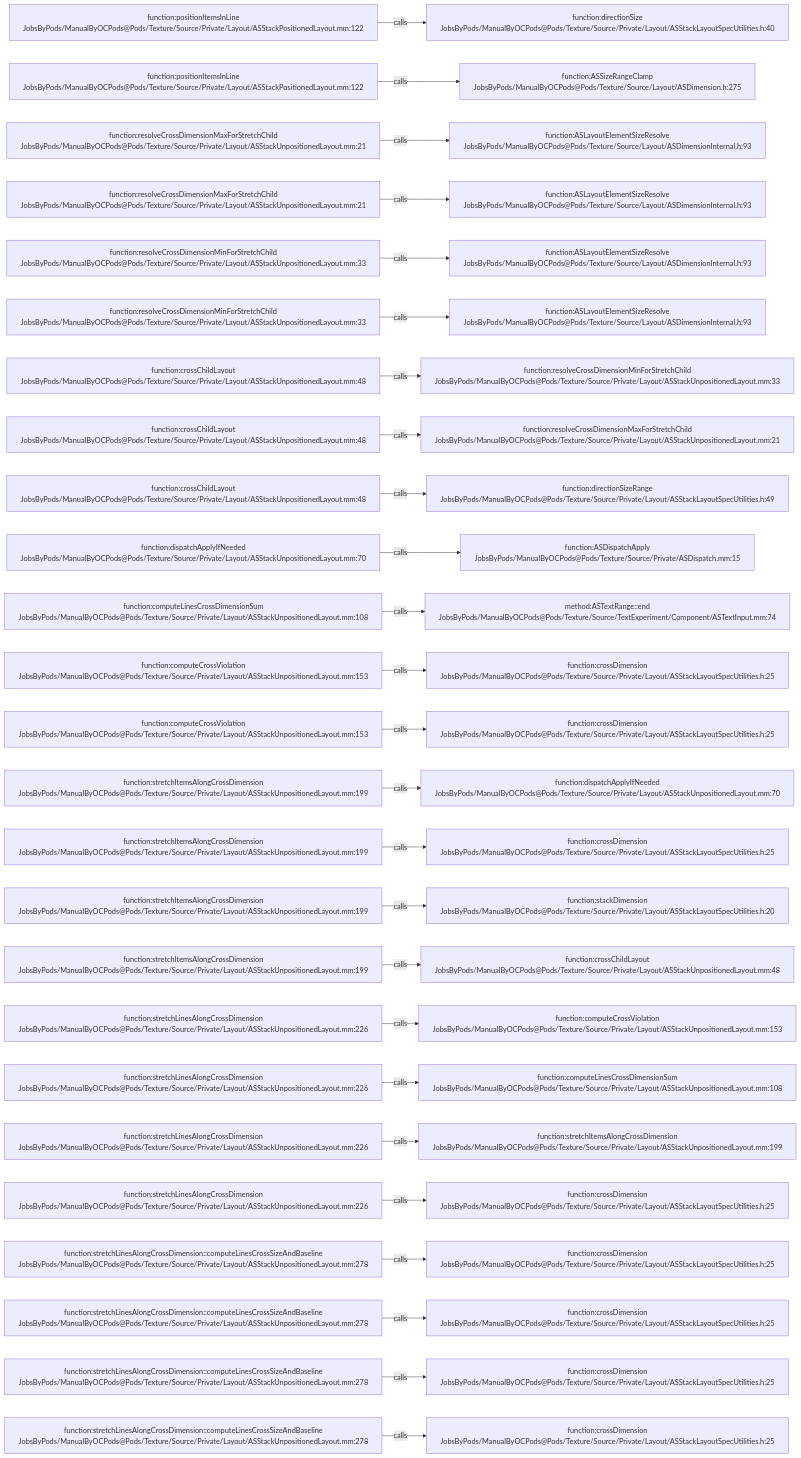
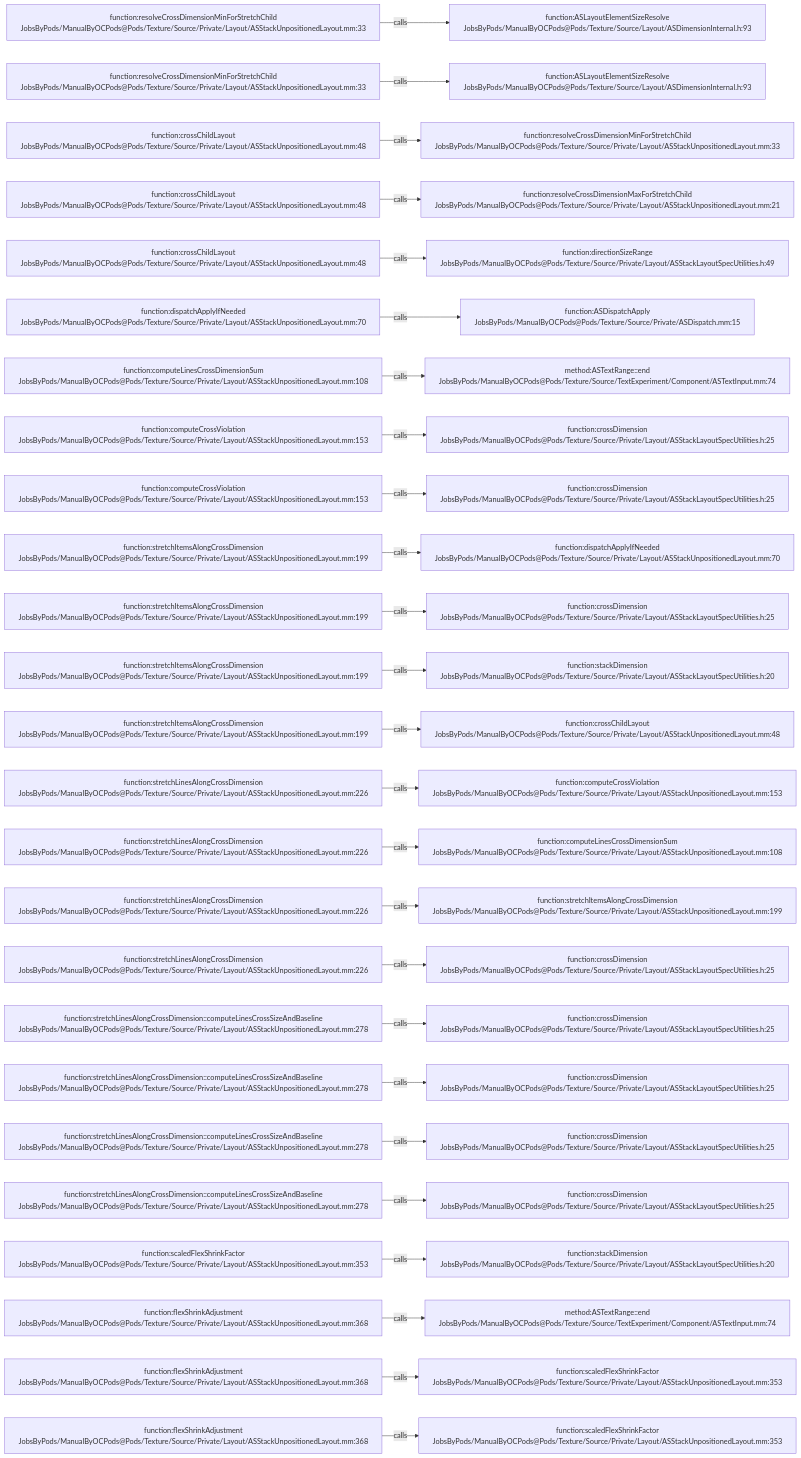
Before and after one commit to JobsKits/JobsOCBaseConfigDemo: the diagram in .codegraph/codegraph.md/graphs/calls-192.md, drawn with Mermaid. The commit also changed 727 other files, not shown here.

````diff
--- a/.codegraph/codegraph.md/graphs/calls-192.md
+++ b/.codegraph/codegraph.md/graphs/calls-192.md
@@ -13,78 +13,78 @@
 ```mermaid
 flowchart LR
-  S1["function:positionItemsInLine<br/>JobsByPods/ManualByOCPods@Pods/Texture/Source/Private/Layout/ASStackPositionedLayout.mm:122"]
-  T1["function:directionSize<br/>JobsByPods/ManualByOCPods@Pods/Texture/Source/Private/Layout/ASStackLayoutSpecUtilities.h:40"]
+  S1["function:resolveCrossDimensionMinForStretchChild<br/>JobsByPods/ManualByOCPods@Pods/Texture/Source/Private/Layout/ASStackUnpositionedLayout.mm:33"]
+  T1["function:ASLayoutElementSizeResolve<br/>JobsByPods/ManualByOCPods@Pods/Texture/Source/Layout/ASDimensionInternal.h:93"]
   S1 -->|calls| T1
-  S2["function:positionItemsInLine<br/>JobsByPods/ManualByOCPods@Pods/Texture/Source/Private/Layout/ASStackPositionedLayout.mm:122"]
-  T2["function:ASSizeRangeClamp<br/>JobsByPods/ManualByOCPods@Pods/Texture/Source/Layout/ASDimension.h:275"]
+  S2["function:resolveCrossDimensionMinForStretchChild<br/>JobsByPods/ManualByOCPods@Pods/Texture/Source/Private/Layout/ASStackUnpositionedLayout.mm:33"]
+  T2["function:ASLayoutElementSizeResolve<br/>JobsByPods/ManualByOCPods@Pods/Texture/Source/Layout/ASDimensionInternal.h:93"]
   S2 -->|calls| T2
-  S3["function:resolveCrossDimensionMaxForStretchChild<br/>JobsByPods/ManualByOCPods@Pods/Texture/Source/Private/Layout/ASStackUnpositionedLayout.mm:21"]
-  T3["function:ASLayoutElementSizeResolve<br/>JobsByPods/ManualByOCPods@Pods/Texture/Source/Layout/ASDimensionInternal.h:93"]
+  S3["function:crossChildLayout<br/>JobsByPods/ManualByOCPods@Pods/Texture/Source/Private/Layout/ASStackUnpositionedLayout.mm:48"]
+  T3["function:resolveCrossDimensionMinForStretchChild<br/>JobsByPods/ManualByOCPods@Pods/Texture/Source/Private/Layout/ASStackUnpositionedLayout.mm:33"]
   S3 -->|calls| T3
-  S4["function:resolveCrossDimensionMaxForStretchChild<br/>JobsByPods/ManualByOCPods@Pods/Texture/Source/Private/Layout/ASStackUnpositionedLayout.mm:21"]
-  T4["function:ASLayoutElementSizeResolve<br/>JobsByPods/ManualByOCPods@Pods/Texture/Source/Layout/ASDimensionInternal.h:93"]
+  S4["function:crossChildLayout<br/>JobsByPods/ManualByOCPods@Pods/Texture/Source/Private/Layout/ASStackUnpositionedLayout.mm:48"]
+  T4["function:resolveCrossDimensionMaxForStretchChild<br/>JobsByPods/ManualByOCPods@Pods/Texture/Source/Private/Layout/ASStackUnpositionedLayout.mm:21"]
   S4 -->|calls| T4
-  S5["function:resolveCrossDimensionMinForStretchChild<br/>JobsByPods/ManualByOCPods@Pods/Texture/Source/Private/Layout/ASStackUnpositionedLayout.mm:33"]
-  T5["function:ASLayoutElementSizeResolve<br/>JobsByPods/ManualByOCPods@Pods/Texture/Source/Layout/ASDimensionInternal.h:93"]
+  S5["function:crossChildLayout<br/>JobsByPods/ManualByOCPods@Pods/Texture/Source/Private/Layout/ASStackUnpositionedLayout.mm:48"]
+  T5["function:directionSizeRange<br/>JobsByPods/ManualByOCPods@Pods/Texture/Source/Private/Layout/ASStackLayoutSpecUtilities.h:49"]
   S5 -->|calls| T5
-  S6["function:resolveCrossDimensionMinForStretchChild<br/>JobsByPods/ManualByOCPods@Pods/Texture/Source/Private/Layout/ASStackUnpositionedLayout.mm:33"]
-  T6["function:ASLayoutElementSizeResolve<br/>JobsByPods/ManualByOCPods@Pods/Texture/Source/Layout/ASDimensionInternal.h:93"]
+  S6["function:dispatchApplyIfNeeded<br/>JobsByPods/ManualByOCPods@Pods/Texture/Source/Private/Layout/ASStackUnpositionedLayout.mm:70"]
+  T6["function:ASDispatchApply<br/>JobsByPods/ManualByOCPods@Pods/Texture/Source/Private/ASDispatch.mm:15"]
   S6 -->|calls| T6
-  S7["function:crossChildLayout<br/>JobsByPods/ManualByOCPods@Pods/Texture/Source/Private/Layout/ASStackUnpositionedLayout.mm:48"]
-  T7["function:resolveCrossDimensionMinForStretchChild<br/>JobsByPods/ManualByOCPods@Pods/Texture/Source/Private/Layout/ASStackUnpositionedLayout.mm:33"]
+  S7["function:computeLinesCrossDimensionSum<br/>JobsByPods/ManualByOCPods@Pods/Texture/Source/Private/Layout/ASStackUnpositionedLayout.mm:108"]
+  T7["method:ASTextRange::end<br/>JobsByPods/ManualByOCPods@Pods/Texture/Source/TextExperiment/Component/ASTextInput.mm:74"]
   S7 -->|calls| T7
-  S8["function:crossChildLayout<br/>JobsByPods/ManualByOCPods@Pods/Texture/Source/Private/Layout/ASStackUnpositionedLayout.mm:48"]
-  T8["function:resolveCrossDimensionMaxForStretchChild<br/>JobsByPods/ManualByOCPods@Pods/Texture/Source/Private/Layout/ASStackUnpositionedLayout.mm:21"]
+  S8["function:computeCrossViolation<br/>JobsByPods/ManualByOCPods@Pods/Texture/Source/Private/Layout/ASStackUnpositionedLayout.mm:153"]
+  T8["function:crossDimension<br/>JobsByPods/ManualByOCPods@Pods/Texture/Source/Private/Layout/ASStackLayoutSpecUtilities.h:25"]
   S8 -->|calls| T8
-  S9["function:crossChildLayout<br/>JobsByPods/ManualByOCPods@Pods/Texture/Source/Private/Layout/ASStackUnpositionedLayout.mm:48"]
-  T9["function:directionSizeRange<br/>JobsByPods/ManualByOCPods@Pods/Texture/Source/Private/Layout/ASStackLayoutSpecUtilities.h:49"]
+  S9["function:computeCrossViolation<br/>JobsByPods/ManualByOCPods@Pods/Texture/Source/Private/Layout/ASStackUnpositionedLayout.mm:153"]
+  T9["function:crossDimension<br/>JobsByPods/ManualByOCPods@Pods/Texture/Source/Private/Layout/ASStackLayoutSpecUtilities.h:25"]
   S9 -->|calls| T9
-  S10["function:dispatchApplyIfNeeded<br/>JobsByPods/ManualByOCPods@Pods/Texture/Source/Private/Layout/ASStackUnpositionedLayout.mm:70"]
-  T10["function:ASDispatchApply<br/>JobsByPods/ManualByOCPods@Pods/Texture/Source/Private/ASDispatch.mm:15"]
+  S10["function:stretchItemsAlongCrossDimension<br/>JobsByPods/ManualByOCPods@Pods/Texture/Source/Private/Layout/ASStackUnpositionedLayout.mm:199"]
+  T10["function:dispatchApplyIfNeeded<br/>JobsByPods/ManualByOCPods@Pods/Texture/Source/Private/Layout/ASStackUnpositionedLayout.mm:70"]
   S10 -->|calls| T10
-  S11["function:computeLinesCrossDimensionSum<br/>JobsByPods/ManualByOCPods@Pods/Texture/Source/Private/Layout/ASStackUnpositionedLayout.mm:108"]
-  T11["method:ASTextRange::end<br/>JobsByPods/ManualByOCPods@Pods/Texture/Source/TextExperiment/Component/ASTextInput.mm:74"]
+  S11["function:stretchItemsAlongCrossDimension<br/>JobsByPods/ManualByOCPods@Pods/Texture/Source/Private/Layout/ASStackUnpositionedLayout.mm:199"]
+  T11["function:crossDimension<br/>JobsByPods/ManualByOCPods@Pods/Texture/Source/Private/Layout/ASStackLayoutSpecUtilities.h:25"]
   S11 -->|calls| T11
-  S12["function:computeCrossViolation<br/>JobsByPods/ManualByOCPods@Pods/Texture/Source/Private/Layout/ASStackUnpositionedLayout.mm:153"]
-  T12["function:crossDimension<br/>JobsByPods/ManualByOCPods@Pods/Texture/Source/Private/Layout/ASStackLayoutSpecUtilities.h:25"]
+  S12["function:stretchItemsAlongCrossDimension<br/>JobsByPods/ManualByOCPods@Pods/Texture/Source/Private/Layout/ASStackUnpositionedLayout.mm:199"]
+  T12["function:stackDimension<br/>JobsByPods/ManualByOCPods@Pods/Texture/Source/Private/Layout/ASStackLayoutSpecUtilities.h:20"]
   S12 -->|calls| T12
-  S13["function:computeCrossViolation<br/>JobsByPods/ManualByOCPods@Pods/Texture/Source/Private/Layout/ASStackUnpositionedLayout.mm:153"]
-  T13["function:crossDimension<br/>JobsByPods/ManualByOCPods@Pods/Texture/Source/Private/Layout/ASStackLayoutSpecUtilities.h:25"]
+  S13["function:stretchItemsAlongCrossDimension<br/>JobsByPods/ManualByOCPods@Pods/Texture/Source/Private/Layout/ASStackUnpositionedLayout.mm:199"]
+  T13["function:crossChildLayout<br/>JobsByPods/ManualByOCPods@Pods/Texture/Source/Private/Layout/ASStackUnpositionedLayout.mm:48"]
   S13 -->|calls| T13
-  S14["function:stretchItemsAlongCrossDimension<br/>JobsByPods/ManualByOCPods@Pods/Texture/Source/Private/Layout/ASStackUnpositionedLayout.mm:199"]
-  T14["function:dispatchApplyIfNeeded<br/>JobsByPods/ManualByOCPods@Pods/Texture/Source/Private/Layout/ASStackUnpositionedLayout.mm:70"]
+  S14["function:stretchLinesAlongCrossDimension<br/>JobsByPods/ManualByOCPods@Pods/Texture/Source/Private/Layout/ASStackUnpositionedLayout.mm:226"]
+  T14["function:computeCrossViolation<br/>JobsByPods/ManualByOCPods@Pods/Texture/Source/Private/Layout/ASStackUnpositionedLayout.mm:153"]
   S14 -->|calls| T14
-  S15["function:stretchItemsAlongCrossDimension<br/>JobsByPods/ManualByOCPods@Pods/Texture/Source/Private/Layout/ASStackUnpositionedLayout.mm:199"]
-  T15["function:crossDimension<br/>JobsByPods/ManualByOCPods@Pods/Texture/Source/Private/Layout/ASStackLayoutSpecUtilities.h:25"]
+  S15["function:stretchLinesAlongCrossDimension<br/>JobsByPods/ManualByOCPods@Pods/Texture/Source/Private/Layout/ASStackUnpositionedLayout.mm:226"]
+  T15["function:computeLinesCrossDimensionSum<br/>JobsByPods/ManualByOCPods@Pods/Texture/Source/Private/Layout/ASStackUnpositionedLayout.mm:108"]
   S15 -->|calls| T15
-  S16["function:stretchItemsAlongCrossDimension<br/>JobsByPods/ManualByOCPods@Pods/Texture/Source/Private/Layout/ASStackUnpositionedLayout.mm:199"]
-  T16["function:stackDimension<br/>JobsByPods/ManualByOCPods@Pods/Texture/Source/Private/Layout/ASStackLayoutSpecUtilities.h:20"]
+  S16["function:stretchLinesAlongCrossDimension<br/>JobsByPods/ManualByOCPods@Pods/Texture/Source/Private/Layout/ASStackUnpositionedLayout.mm:226"]
+  T16["function:stretchItemsAlongCrossDimension<br/>JobsByPods/ManualByOCPods@Pods/Texture/Source/Private/Layout/ASStackUnpositionedLayout.mm:199"]
   S16 -->|calls| T16
-  S17["function:stretchItemsAlongCrossDimension<br/>JobsByPods/ManualByOCPods@Pods/Texture/Source/Private/Layout/ASStackUnpositionedLayout.mm:199"]
-  T17["function:crossChildLayout<br/>JobsByPods/ManualByOCPods@Pods/Texture/Source/Private/Layout/ASStackUnpositionedLayout.mm:48"]
+  S17["function:stretchLinesAlongCrossDimension<br/>JobsByPods/ManualByOCPods@Pods/Texture/Source/Private/Layout/ASStackUnpositionedLayout.mm:226"]
+  T17["function:crossDimension<br/>JobsByPods/ManualByOCPods@Pods/Texture/Source/Private/Layout/ASStackLayoutSpecUtilities.h:25"]
   S17 -->|calls| T17
-  S18["function:stretchLinesAlongCrossDimension<br/>JobsByPods/ManualByOCPods@Pods/Texture/Source/Private/Layout/ASStackUnpositionedLayout.mm:226"]
-  T18["function:computeCrossViolation<br/>JobsByPods/ManualByOCPods@Pods/Texture/Source/Private/Layout/ASStackUnpositionedLayout.mm:153"]
+  S18["function:stretchLinesAlongCrossDimension::computeLinesCrossSizeAndBaseline<br/>JobsByPods/ManualByOCPods@Pods/Texture/Source/Private/Layout/ASStackUnpositionedLayout.mm:278"]
+  T18["function:crossDimension<br/>JobsByPods/ManualByOCPods@Pods/Texture/Source/Private/Layout/ASStackLayoutSpecUtilities.h:25"]
   S18 -->|calls| T18
-  S19["function:stretchLinesAlongCrossDimension<br/>JobsByPods/ManualByOCPods@Pods/Texture/Source/Private/Layout/ASStackUnpositionedLayout.mm:226"]
-  T19["function:computeLinesCrossDimensionSum<br/>JobsByPods/ManualByOCPods@Pods/Texture/Source/Private/Layout/ASStackUnpositionedLayout.mm:108"]
+  S19["function:stretchLinesAlongCrossDimension::computeLinesCrossSizeAndBaseline<br/>JobsByPods/ManualByOCPods@Pods/Texture/Source/Private/Layout/ASStackUnpositionedLayout.mm:278"]
+  T19["function:crossDimension<br/>JobsByPods/ManualByOCPods@Pods/Texture/Source/Private/Layout/ASStackLayoutSpecUtilities.h:25"]
   S19 -->|calls| T19
-  S20["function:stretchLinesAlongCrossDimension<br/>JobsByPods/ManualByOCPods@Pods/Texture/Source/Private/Layout/ASStackUnpositionedLayout.mm:226"]
-  T20["function:stretchItemsAlongCrossDimension<br/>JobsByPods/ManualByOCPods@Pods/Texture/Source/Private/Layout/ASStackUnpositionedLayout.mm:199"]
+  S20["function:stretchLinesAlongCrossDimension::computeLinesCrossSizeAndBaseline<br/>JobsByPods/ManualByOCPods@Pods/Texture/Source/Private/Layout/ASStackUnpositionedLayout.mm:278"]
+  T20["function:crossDimension<br/>JobsByPods/ManualByOCPods@Pods/Texture/Source/Private/Layout/ASStackLayoutSpecUtilities.h:25"]
   S20 -->|calls| T20
-  S21["function:stretchLinesAlongCrossDimension<br/>JobsByPods/ManualByOCPods@Pods/Texture/Source/Private/Layout/ASStackUnpositionedLayout.mm:226"]
+  S21["function:stretchLinesAlongCrossDimension::computeLinesCrossSizeAndBaseline<br/>JobsByPods/ManualByOCPods@Pods/Texture/Source/Private/Layout/ASStackUnpositionedLayout.mm:278"]
   T21["function:crossDimension<br/>JobsByPods/ManualByOCPods@Pods/Texture/Source/Private/Layout/ASStackLayoutSpecUtilities.h:25"]
   S21 -->|calls| T21
-  S22["function:stretchLinesAlongCrossDimension::computeLinesCrossSizeAndBaseline<br/>JobsByPods/ManualByOCPods@Pods/Texture/Source/Private/Layout/ASStackUnpositionedLayout.mm:278"]
-  T22["function:crossDimension<br/>JobsByPods/ManualByOCPods@Pods/Texture/Source/Private/Layout/ASStackLayoutSpecUtilities.h:25"]
+  S22["function:scaledFlexShrinkFactor<br/>JobsByPods/ManualByOCPods@Pods/Texture/Source/Private/Layout/ASStackUnpositionedLayout.mm:353"]
+  T22["function:stackDimension<br/>JobsByPods/ManualByOCPods@Pods/Texture/Source/Private/Layout/ASStackLayoutSpecUtilities.h:20"]
   S22 -->|calls| T22
-  S23["function:stretchLinesAlongCrossDimension::computeLinesCrossSizeAndBaseline<br/>JobsByPods/ManualByOCPods@Pods/Texture/Source/Private/Layout/ASStackUnpositionedLayout.mm:278"]
-  T23["function:crossDimension<br/>JobsByPods/ManualByOCPods@Pods/Texture/Source/Private/Layout/ASStackLayoutSpecUtilities.h:25"]
+  S23["function:flexShrinkAdjustment<br/>JobsByPods/ManualByOCPods@Pods/Texture/Source/Private/Layout/ASStackUnpositionedLayout.mm:368"]
+  T23["method:ASTextRange::end<br/>JobsByPods/ManualByOCPods@Pods/Texture/Source/TextExperiment/Component/ASTextInput.mm:74"]
   S23 -->|calls| T23
-  S24["function:stretchLinesAlongCrossDimension::computeLinesCrossSizeAndBaseline<br/>JobsByPods/ManualByOCPods@Pods/Texture/Source/Private/Layout/ASStackUnpositionedLayout.mm:278"]
-  T24["function:crossDimension<br/>JobsByPods/ManualByOCPods@Pods/Texture/Source/Private/Layout/ASStackLayoutSpecUtilities.h:25"]
+  S24["function:flexShrinkAdjustment<br/>JobsByPods/ManualByOCPods@Pods/Texture/Source/Private/Layout/ASStackUnpositionedLayout.mm:368"]
+  T24["function:scaledFlexShrinkFactor<br/>JobsByPods/ManualByOCPods@Pods/Texture/Source/Private/Layout/ASStackUnpositionedLayout.mm:353"]
   S24 -->|calls| T24
-  S25["function:stretchLinesAlongCrossDimension::computeLinesCrossSizeAndBaseline<br/>JobsByPods/ManualByOCPods@Pods/Texture/Source/Private/Layout/ASStackUnpositionedLayout.mm:278"]
-  T25["function:crossDimension<br/>JobsByPods/ManualByOCPods@Pods/Texture/Source/Private/Layout/ASStackLayoutSpecUtilities.h:25"]
+  S25["function:flexShrinkAdjustment<br/>JobsByPods/ManualByOCPods@Pods/Texture/Source/Private/Layout/ASStackUnpositionedLayout.mm:368"]
+  T25["function:scaledFlexShrinkFactor<br/>JobsByPods/ManualByOCPods@Pods/Texture/Source/Private/Layout/ASStackUnpositionedLayout.mm:353"]
   S25 -->|calls| T25
 ```
````
